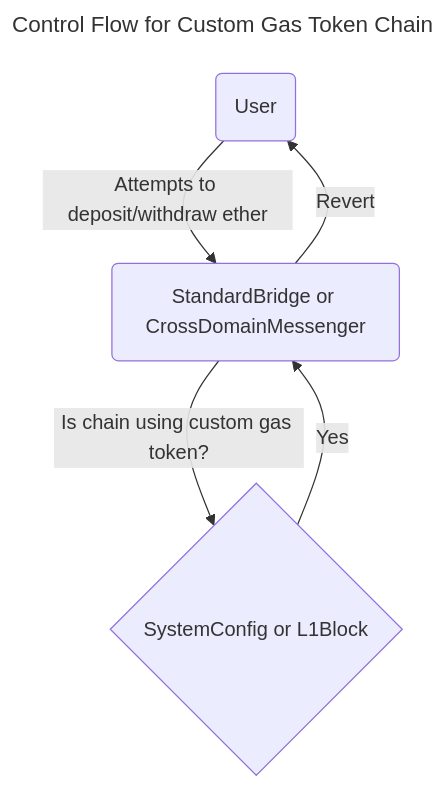
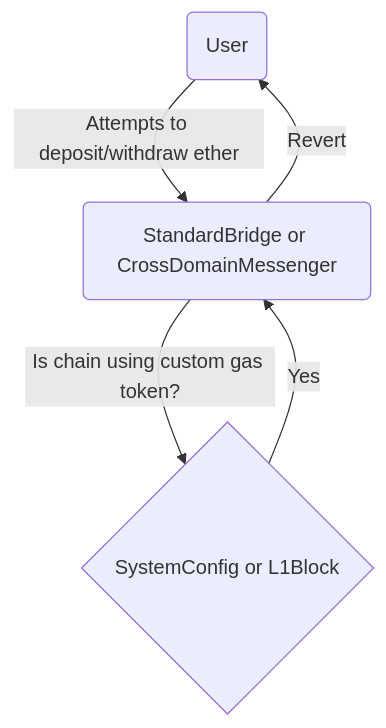
The second of 2 diagrams in specs/experimental/custom-gas-token.md (ethereum-optimism/specs), drawn with Mermaid before and after one commit. The commit also changed other lines of this file, not shown here.

Commit message:
Update custom-gas-token.md
Remove `title` for `mermaid` since it's not supported

````diff
--- a/specs/experimental/custom-gas-token.md
+++ b/specs/experimental/custom-gas-token.md
@@ -362,11 +359,8 @@
 ```mermaid
----
-title: Control Flow for Custom Gas Token Chain
----
 flowchart TD
     A1(User) -->|Attempts to deposit/withdraw ether| A2(StandardBridge or CrossDomainMessenger)
     A2 -->|Is chain using custom gas token?| A3{SystemConfig or L1Block}
     A3 --> |Yes| A2
     A2 --> |Revert| A1
 
 ```
````
